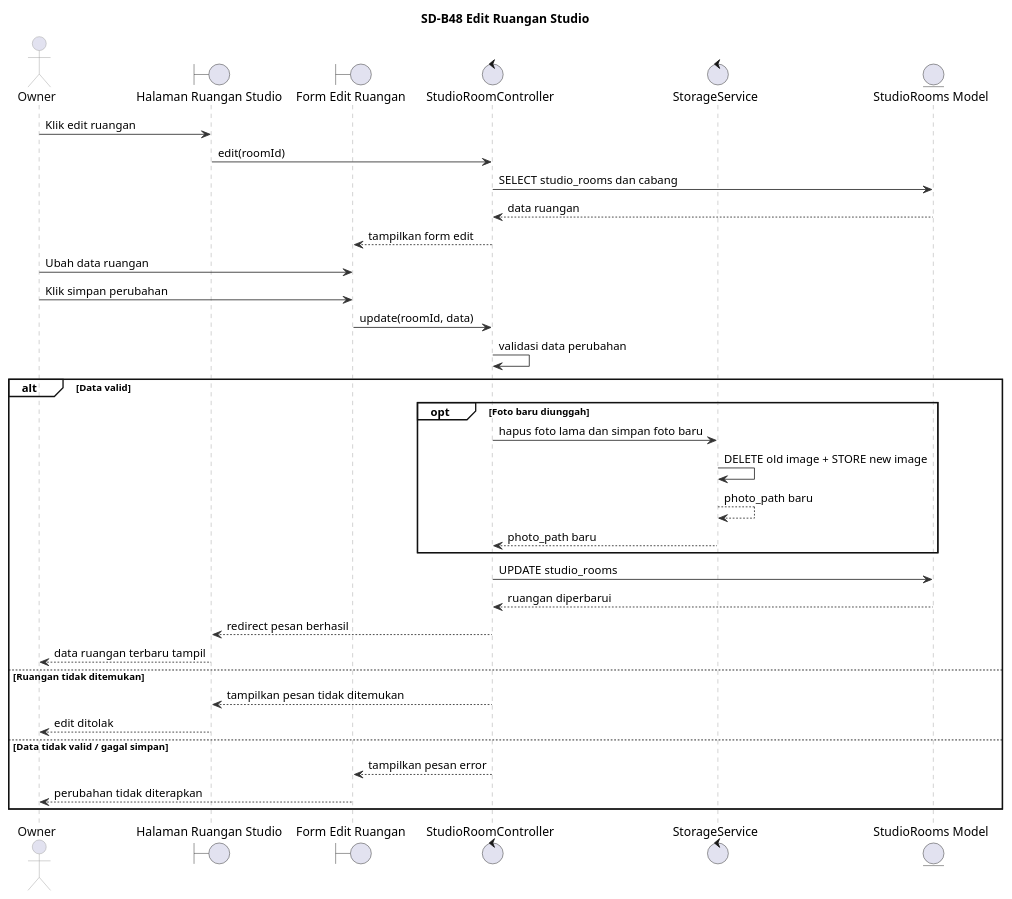
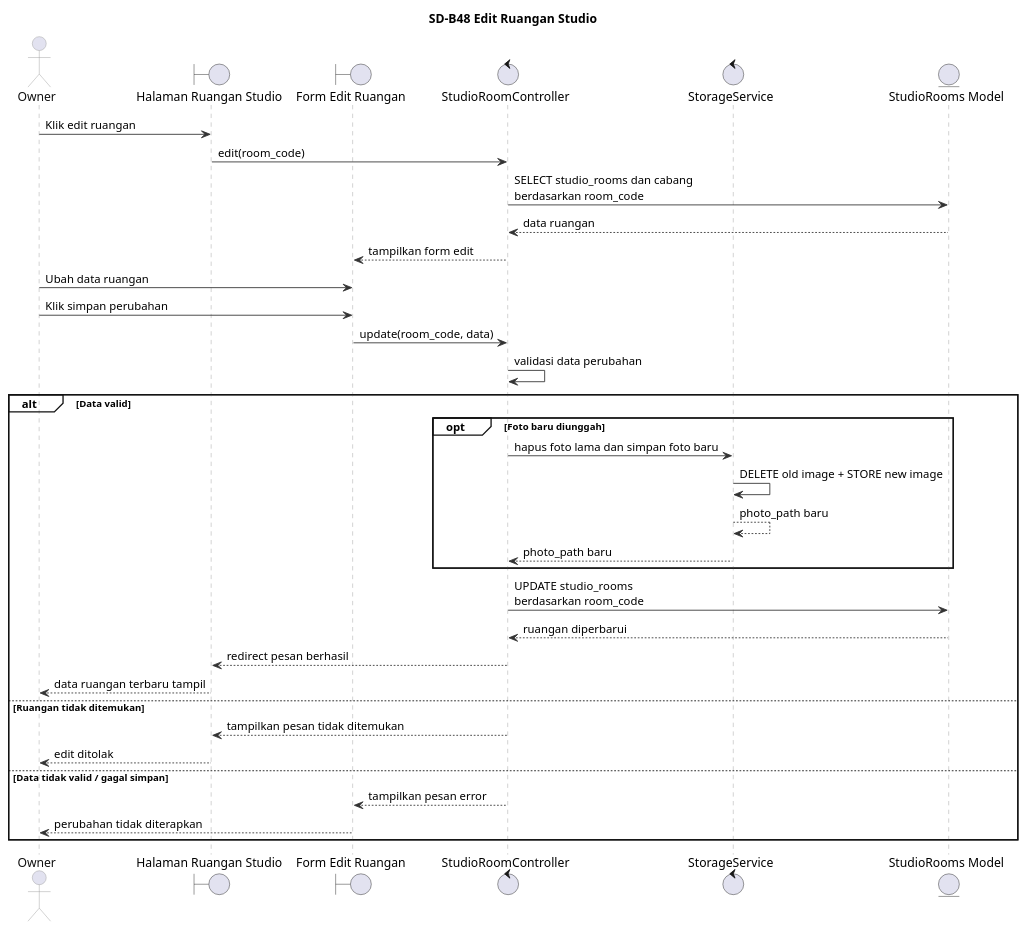
Before and after one commit to Fajrinputra/alterstudio-ta: the diagram in sequence/SD-B48.puml, drawn with PlantUML. The commit also changed 71 other files, not shown here.

```diff
--- a/sequence/SD-B48.puml
+++ b/sequence/SD-B48.puml
@@ -1,56 +1,56 @@
 @startuml
 title SD-B48 Edit Ruangan Studio
 
 skinparam backgroundColor white
 skinparam shadowing false
 skinparam BoxPadding 4
 skinparam sequence {
     ArrowColor #333333
     LifeLineBorderColor #999999
     LifeLineBackgroundColor white
     ParticipantBorderColor #999999
     ParticipantBackgroundColor #ECEEF8
     ParticipantFontColor #111111
     ActorBorderColor #999999
     ActorFontColor #111111
     GroupBorderColor #111111
     GroupBackgroundColor transparent
 }
 
 actor "Owner" as Owner
 boundary "Halaman Ruangan Studio" as HalamanRuangan
 boundary "Form Edit Ruangan" as FormEdit
 control "StudioRoomController" as StudioRoomController
 control "StorageService" as StorageService
 entity "StudioRooms Model" as StudioRoom
 
 Owner -> HalamanRuangan : Klik edit ruangan
-HalamanRuangan -> StudioRoomController : edit(roomId)
-StudioRoomController -> StudioRoom : SELECT studio_rooms dan cabang
+HalamanRuangan -> StudioRoomController : edit(room_code)
+StudioRoomController -> StudioRoom : SELECT studio_rooms dan cabang\nberdasarkan room_code
 StudioRoom --> StudioRoomController : data ruangan
 StudioRoomController --> FormEdit : tampilkan form edit
 Owner -> FormEdit : Ubah data ruangan
 Owner -> FormEdit : Klik simpan perubahan
-FormEdit -> StudioRoomController : update(roomId, data)
+FormEdit -> StudioRoomController : update(room_code, data)
 StudioRoomController -> StudioRoomController : validasi data perubahan
 
 alt Data valid
     opt Foto baru diunggah
         StudioRoomController -> StorageService : hapus foto lama dan simpan foto baru
         StorageService -> StorageService : DELETE old image + STORE new image
         StorageService --> StorageService : photo_path baru
         StorageService --> StudioRoomController : photo_path baru
     end
-    StudioRoomController -> StudioRoom : UPDATE studio_rooms
+    StudioRoomController -> StudioRoom : UPDATE studio_rooms\nberdasarkan room_code
     StudioRoom --> StudioRoomController : ruangan diperbarui
     StudioRoomController --> HalamanRuangan : redirect pesan berhasil
     HalamanRuangan --> Owner : data ruangan terbaru tampil
 else Ruangan tidak ditemukan
     StudioRoomController --> HalamanRuangan : tampilkan pesan tidak ditemukan
     HalamanRuangan --> Owner : edit ditolak
 else Data tidak valid / gagal simpan
     StudioRoomController --> FormEdit : tampilkan pesan error
     FormEdit --> Owner : perubahan tidak diterapkan
 end
 
 @enduml
```
